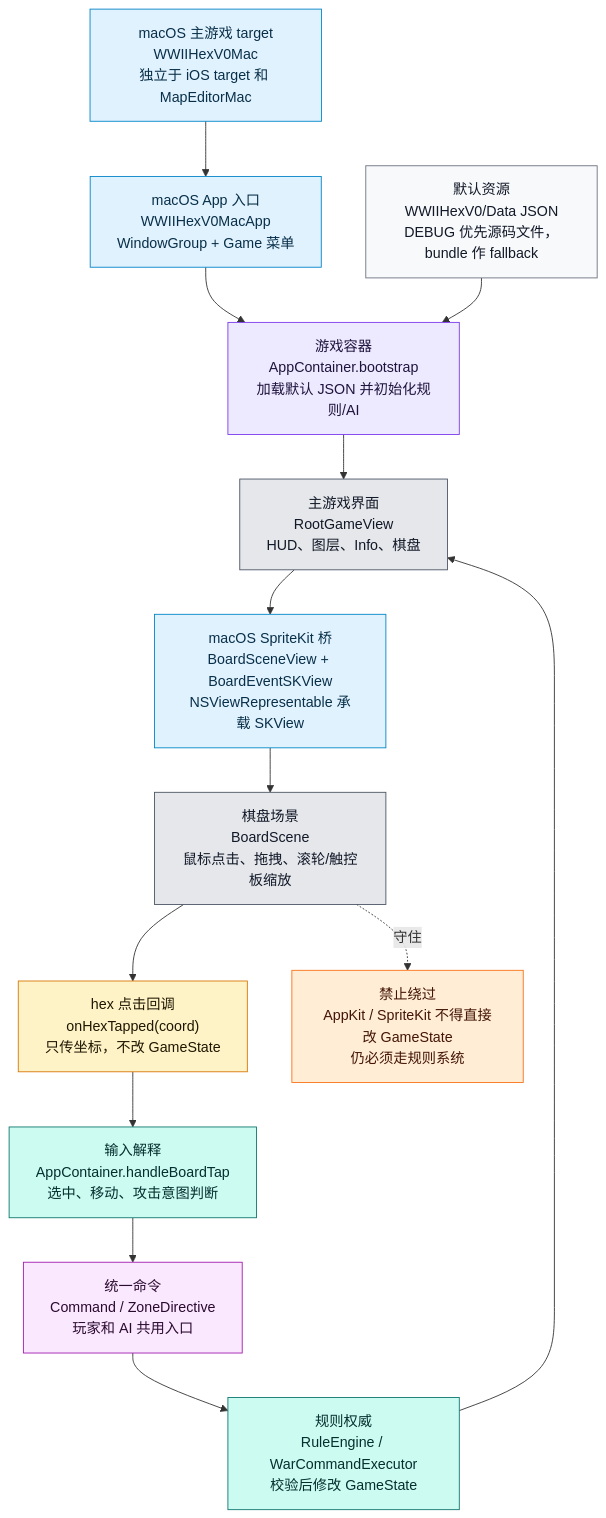
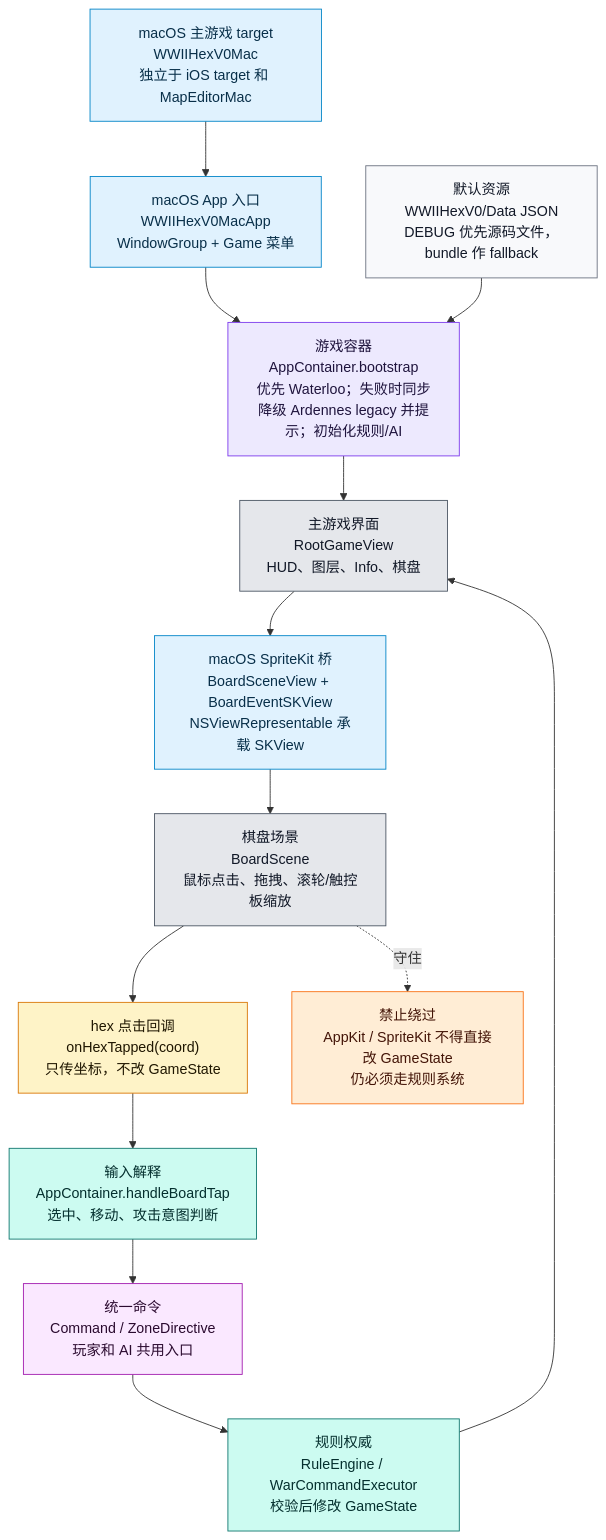
Before and after one commit to Altman-sam114/122: the seventh of 9 diagrams in md/flow/flowchart.md, drawn with Mermaid. The commit also changed other lines of this file and 103 other files, not shown here.

````diff
--- a/md/flow/flowchart.md
+++ b/md/flow/flowchart.md
@@ -358,30 +395,30 @@
 ```mermaid
 flowchart TD
     TARGET["macOS 主游戏 target<br/>WWIIHexV0Mac<br/>独立于 iOS target 和 MapEditorMac"]:::platform
     APP["macOS App 入口<br/>WWIIHexV0MacApp<br/>WindowGroup + Game 菜单"]:::platform
-    BOOT["游戏容器<br/>AppContainer.bootstrap<br/>加载默认 JSON 并初始化规则/AI"]:::state
+    BOOT["游戏容器<br/>AppContainer.bootstrap<br/>优先 Waterloo；失败时同步降级 Ardennes legacy 并提示；初始化规则/AI"]:::state
     ROOT["主游戏界面<br/>RootGameView<br/>HUD、图层、Info、棋盘"]:::ui
     BRIDGE["macOS SpriteKit 桥<br/>BoardSceneView + BoardEventSKView<br/>NSViewRepresentable 承载 SKView"]:::platform
     SCENE["棋盘场景<br/>BoardScene<br/>鼠标点击、拖拽、滚轮/触控板缩放"]:::ui
     TAP["hex 点击回调<br/>onHexTapped(coord)<br/>只传坐标，不改 GameState"]:::input
     CONTAINER["输入解释<br/>AppContainer.handleBoardTap<br/>选中、移动、攻击意图判断"]:::rules
     COMMAND["统一命令<br/>Command / ZoneDirective<br/>玩家和 AI 共用入口"]:::command
     ENGINE["规则权威<br/>RuleEngine / WarCommandExecutor<br/>校验后修改 GameState"]:::rules
     DATA["默认资源<br/>WWIIHexV0/Data JSON<br/>DEBUG 优先源码文件，bundle 作 fallback"]:::data
 
     TARGET --> APP --> BOOT --> ROOT --> BRIDGE --> SCENE --> TAP --> CONTAINER --> COMMAND --> ENGINE
     DATA --> BOOT
     ENGINE --> ROOT
 
     WARN["禁止绕过<br/>AppKit / SpriteKit 不得直接改 GameState<br/>仍必须走规则系统"]:::warn
     SCENE -.守住.-> WARN
 
     classDef platform fill:#e0f2fe,stroke:#0284c7,color:#082f49
     classDef state fill:#ede9fe,stroke:#7c3aed,color:#1f143d
     classDef ui fill:#e5e7eb,stroke:#4b5563,color:#111827
     classDef input fill:#fef3c7,stroke:#d97706,color:#1f1600
     classDef command fill:#fae8ff,stroke:#a21caf,color:#2a0a2f
     classDef rules fill:#ccfbf1,stroke:#0f766e,color:#042f2e
     classDef data fill:#f8f9fb,stroke:#6b7280,color:#111827
     classDef warn fill:#ffedd5,stroke:#f97316,color:#431407
 ```
````
